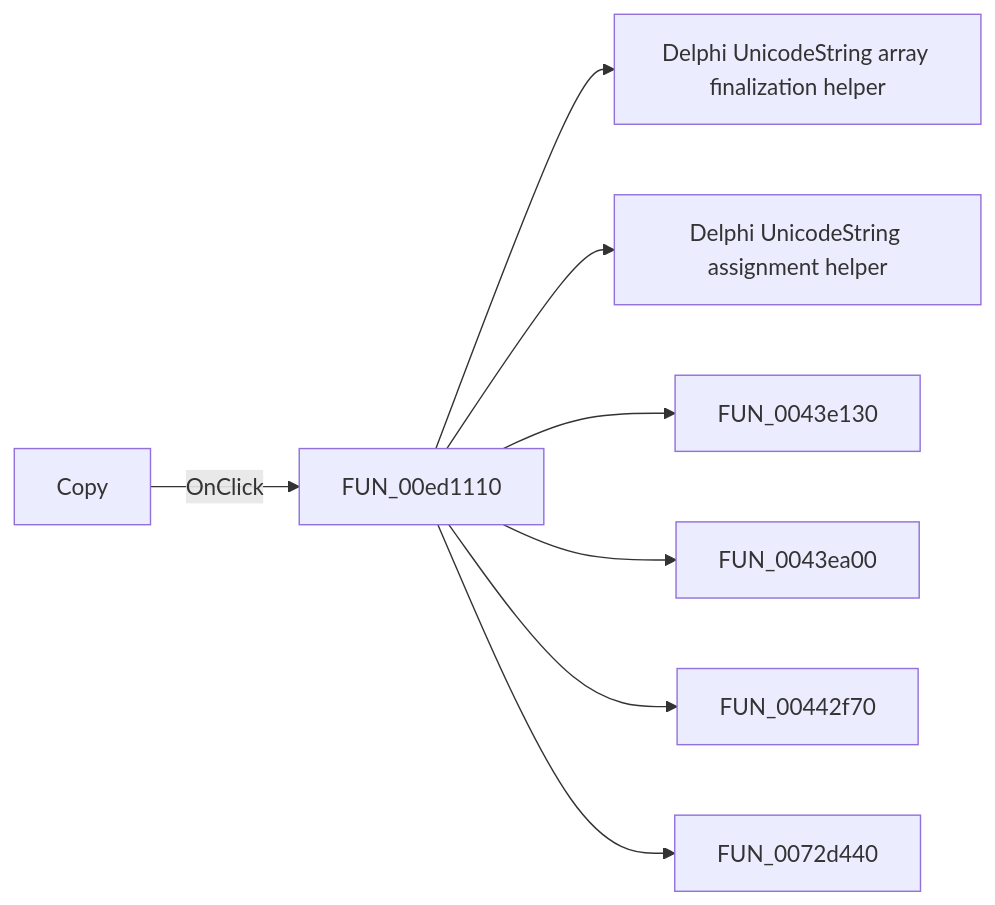
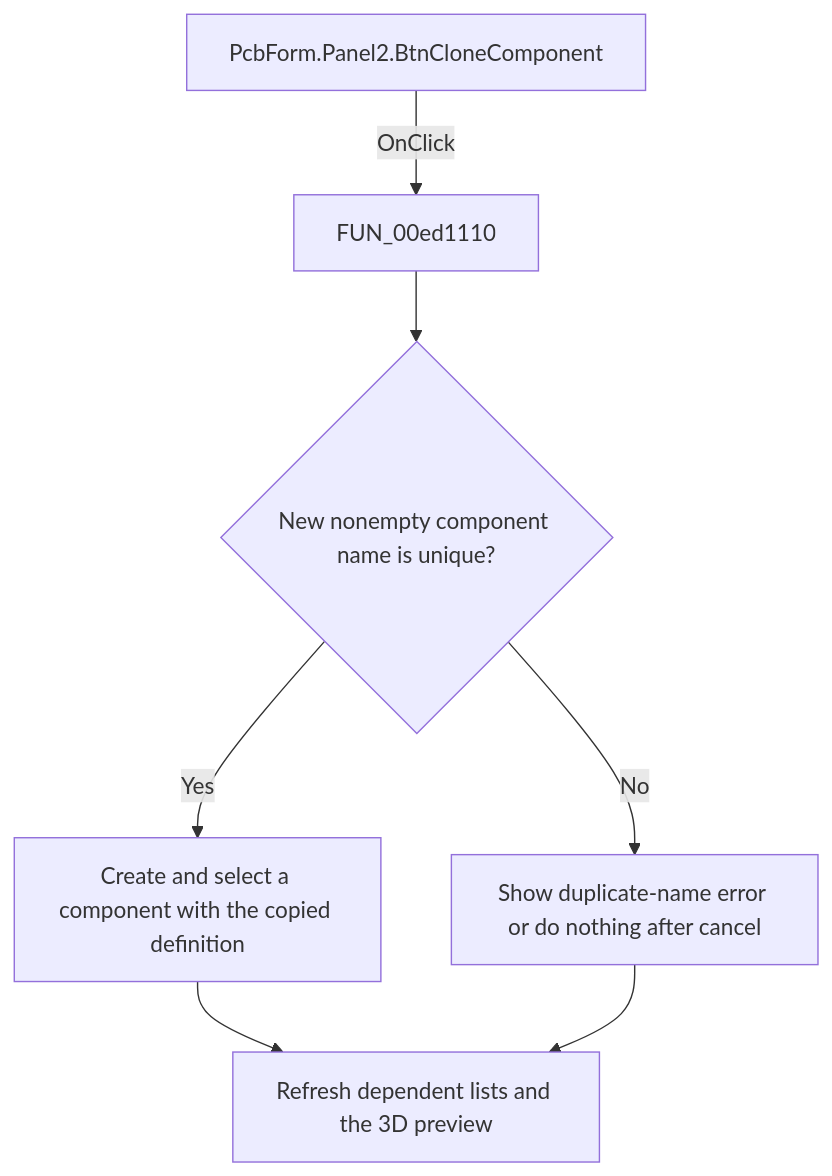
The diagram in docs/ui-controls/pcbform/btnclonecomponent-e504a92972.md (MovGP0/TIARA), drawn with Mermaid before and after one commit. The commit also changed other lines of this file and 1062 other files, not shown here.

````diff
--- a/docs/ui-controls/pcbform/btnclonecomponent-e504a92972.md
+++ b/docs/ui-controls/pcbform/btnclonecomponent-e504a92972.md
@@ -27,10 +29,9 @@
 ```mermaid
-flowchart LR
-    control["Copy"] -->|OnClick| handler["FUN_00ed1110"]
-    handler --> call1["Delphi UnicodeString array finalization helper"]
-    handler --> call2["Delphi UnicodeString assignment helper"]
-    handler --> call3["FUN_0043e130"]
-    handler --> call4["FUN_0043ea00"]
-    handler --> call5["FUN_00442f70"]
-    handler --> call6["FUN_0072d440"]
+flowchart TD
+    control["PcbForm.Panel2.BtnCloneComponent"] -->|OnClick| handler["FUN_00ed1110"]
+    handler --> decision{"New nonempty component name is unique?"}
+    decision -->|Yes| action["Create and select a component with the copied definition"]
+    decision -->|No| noop["Show duplicate-name error or do nothing after cancel"]
+    action --> outcome["Refresh dependent lists and the 3D preview"]
+    noop --> outcome
 ```
````
